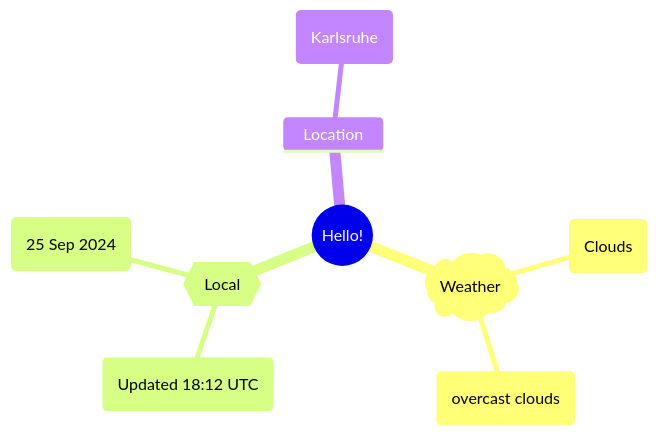
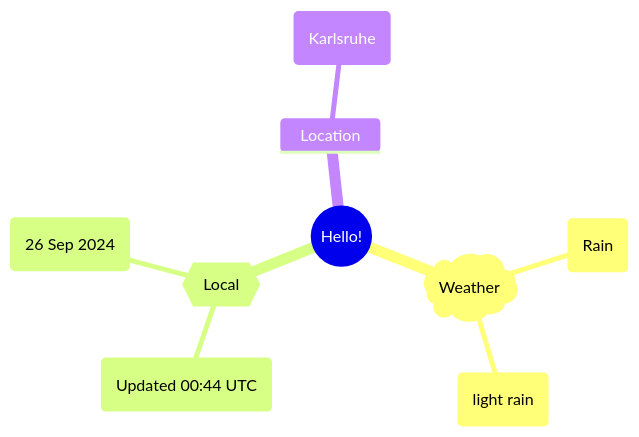
One commit to Xosrov/Xosrov changed the first of 2 diagrams in README.md. Above: the diagram before and after it, drawn with Mermaid.

Commit message:
[bot] updated images

````diff
--- a/README.md
+++ b/README.md
@@ -3,12 +3,12 @@
 ```mermaid
 mindmap
   root((Hello!))
     )Weather(
-        (Clouds)
-        (overcast clouds)
+        (Rain)
+        (light rain)
     {{Local}}
-        (Updated 18:12 UTC)
-        (25 Sep 2024)
+        (Updated 00:44 UTC)
+        (26 Sep 2024)
     Location
         (Karlsruhe)
 ```
````
